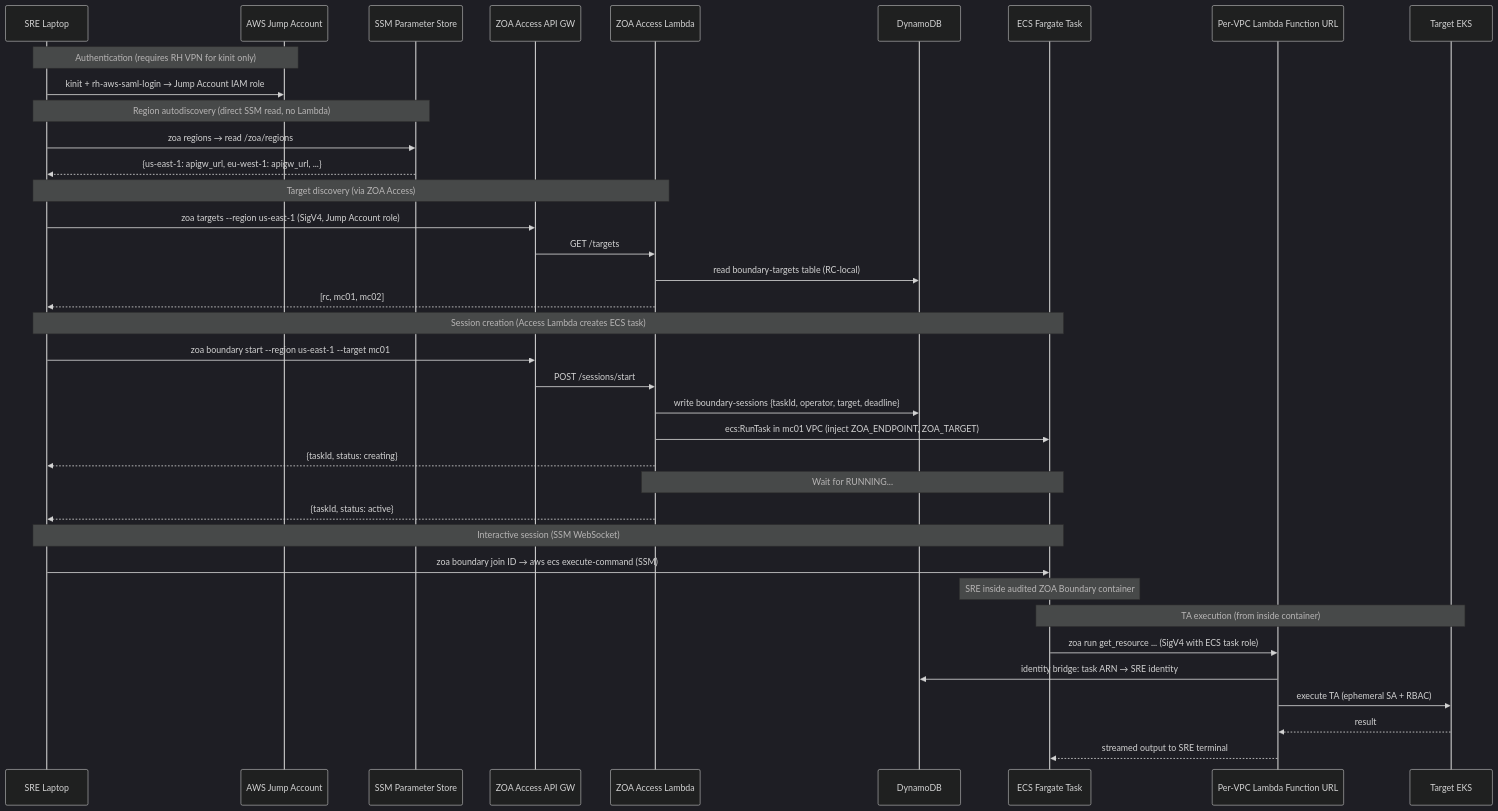
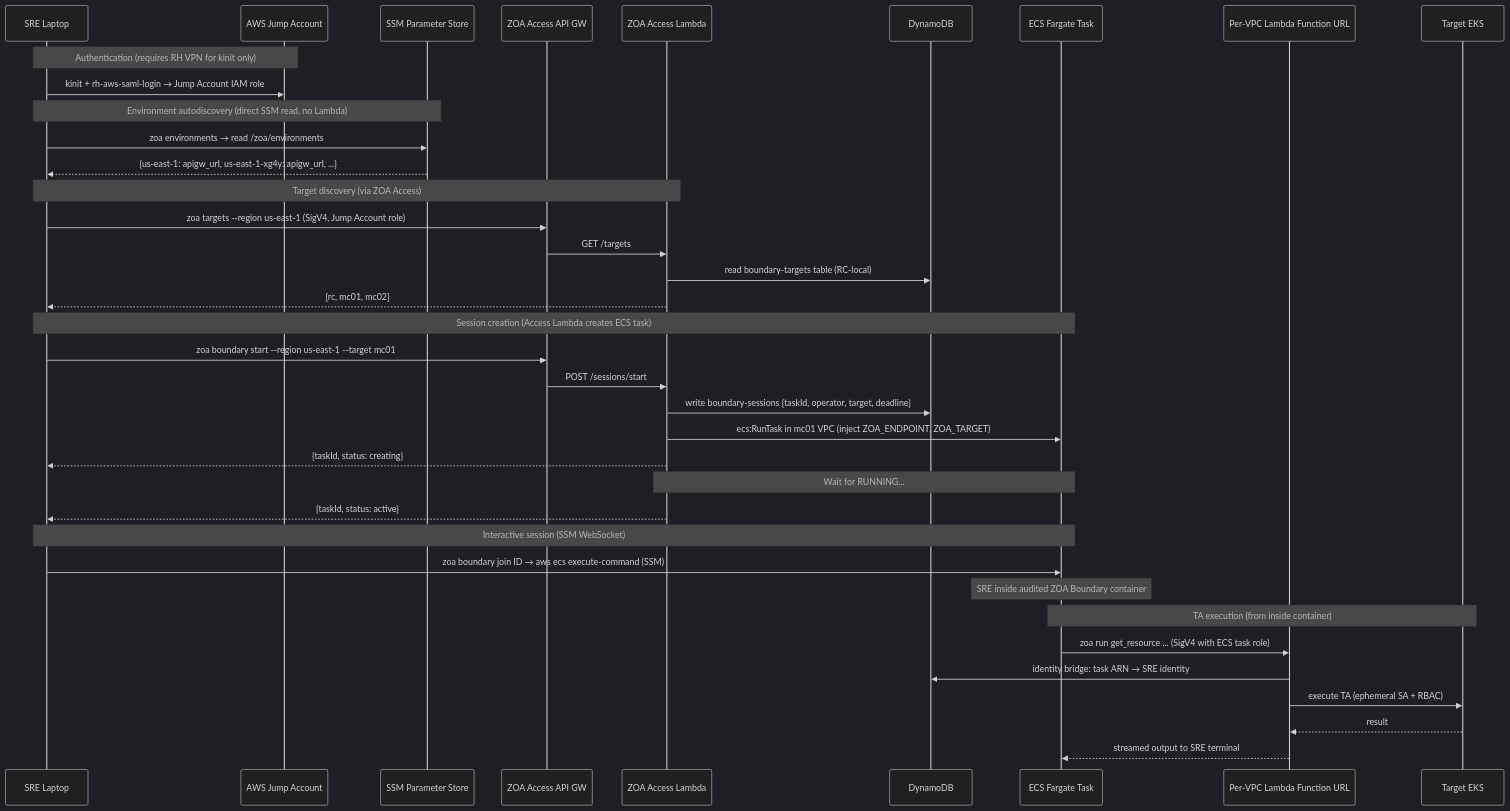
Before and after one commit to slopezz/rosa-hyperfleet-zoa: the first of 5 diagrams in docs/design/zoa-boundary-epic-plan.md, drawn with Mermaid (dark theme). The commit also changed other lines of this file, not shown here.

````diff
--- a/docs/design/zoa-boundary-epic-plan.md
+++ b/docs/design/zoa-boundary-epic-plan.md
@@ -25,45 +25,45 @@
 ```mermaid
 sequenceDiagram
     participant SRE as SRE Laptop
     participant JA as AWS Jump Account
     participant PS as SSM Parameter Store
     participant AGW as ZOA Access API GW
     participant AL as ZOA Access Lambda
     participant DDB as DynamoDB
     participant ECS as ECS Fargate Task
     participant FU as Per-VPC Lambda Function URL
     participant EKS as Target EKS
 
     Note over SRE,JA: Authentication (requires RH VPN for kinit only)
     SRE->>JA: kinit + rh-aws-saml-login → Jump Account IAM role
 
-    Note over SRE,PS: Region autodiscovery (direct SSM read, no Lambda)
-    SRE->>PS: zoa regions → read /zoa/regions
-    PS-->>SRE: {us-east-1: apigw_url, eu-west-1: apigw_url, ...}
+    Note over SRE,PS: Environment autodiscovery (direct SSM read, no Lambda)
+    SRE->>PS: zoa environments → read /zoa/environments
+    PS-->>SRE: {us-east-1: apigw_url, us-east-1-xg4y: apigw_url, ...}
 
     Note over SRE,AL: Target discovery (via ZOA Access)
     SRE->>AGW: zoa targets --region us-east-1 (SigV4, Jump Account role)
     AGW->>AL: GET /targets
     AL->>DDB: read boundary-targets table (RC-local)
     AL-->>SRE: [rc, mc01, mc02]
 
     Note over SRE,ECS: Session creation (Access Lambda creates ECS task)
     SRE->>AGW: zoa boundary start --region us-east-1 --target mc01
     AGW->>AL: POST /sessions/start
     AL->>DDB: write boundary-sessions {taskId, operator, target, deadline}
     AL->>ECS: ecs:RunTask in mc01 VPC (inject ZOA_ENDPOINT, ZOA_TARGET)
     AL-->>SRE: {taskId, status: creating}
     Note over AL,ECS: Wait for RUNNING...
     AL-->>SRE: {taskId, status: active}
 
     Note over SRE,ECS: Interactive session (SSM WebSocket)
     SRE->>ECS: zoa boundary join ID → aws ecs execute-command (SSM)
     Note over ECS: SRE inside audited ZOA Boundary container
 
     Note over ECS,EKS: TA execution (from inside container)
     ECS->>FU: zoa run get_resource ... (SigV4 with ECS task role)
     FU->>DDB: identity bridge: task ARN → SRE identity
     FU->>EKS: execute TA (ephemeral SA + RBAC)
     EKS-->>FU: result
     FU-->>ECS: streamed output to SRE terminal
 ```
````
